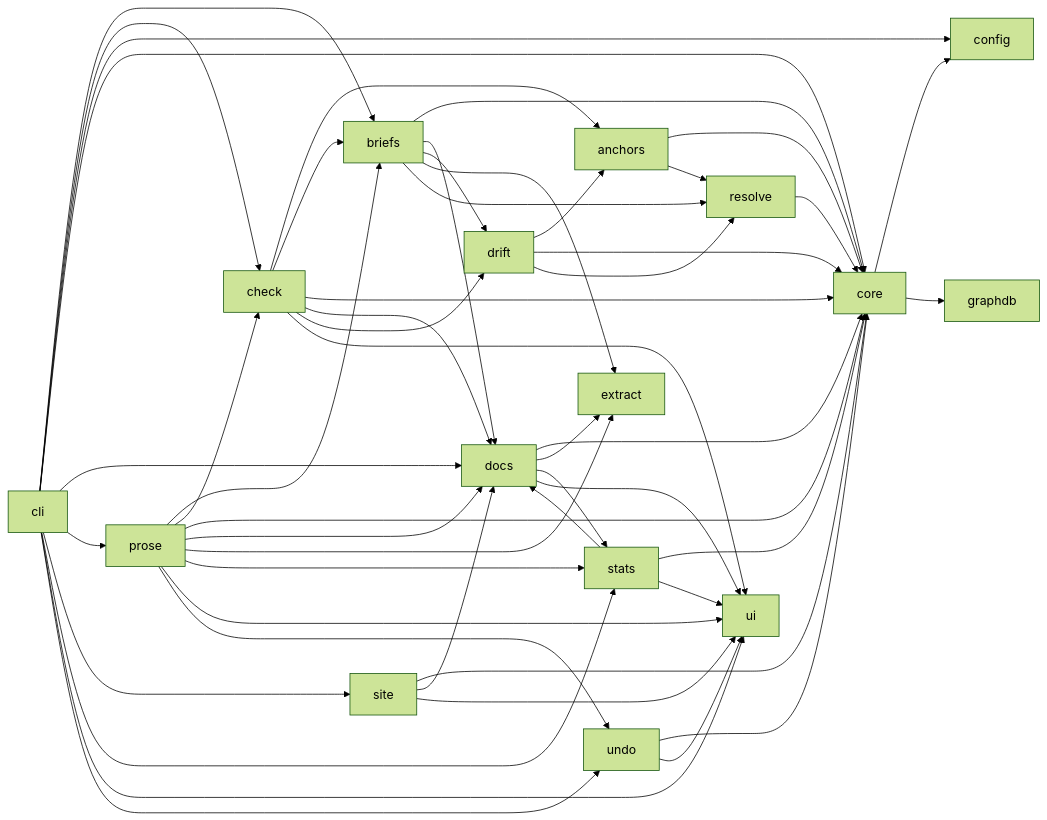
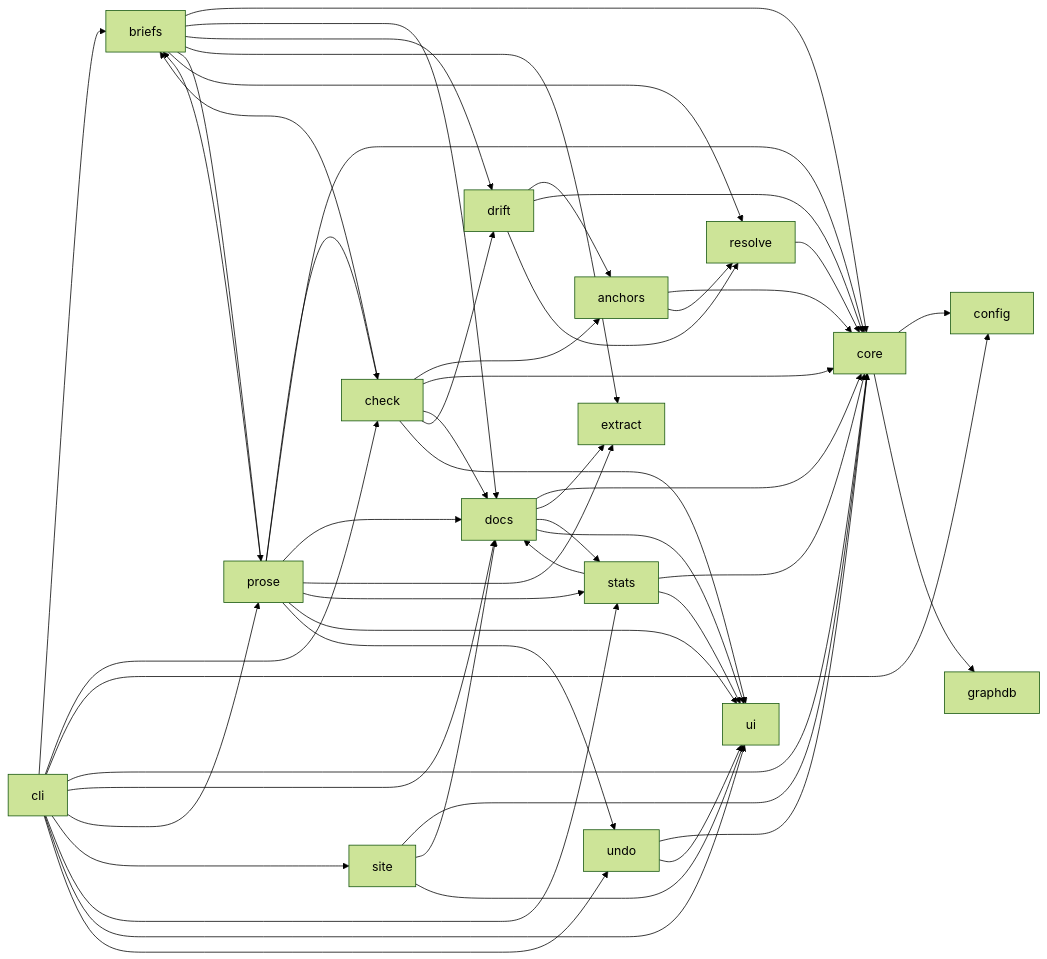
Before and after one commit to aseemchopra25/documate: the diagram in docs/ARCHITECTURE.md, drawn with Mermaid (forest theme). The commit also changed other lines of this file and 8 other files, not shown here.

````diff
--- a/docs/ARCHITECTURE.md
+++ b/docs/ARCHITECTURE.md
@@ -6,52 +6,53 @@
 ```mermaid
 flowchart LR
   anchors --> core
   anchors --> resolve
   briefs --> core
   briefs --> docs
   briefs --> drift
   briefs --> extract
+  briefs --> prose
   briefs --> resolve
   check --> anchors
   check --> briefs
   check --> core
   check --> docs
   check --> drift
   check --> ui
   cli --> briefs
   cli --> check
   cli --> config
   cli --> core
   cli --> docs
   cli --> prose
   cli --> site
   cli --> stats
   cli --> ui
   cli --> undo
   core --> config
   core --> graphdb
   docs --> core
   docs --> extract
   docs --> stats
   docs --> ui
   drift --> anchors
   drift --> core
   drift --> resolve
   prose --> briefs
   prose --> check
   prose --> core
   prose --> docs
   prose --> extract
   prose --> stats
   prose --> ui
   prose --> undo
   resolve --> core
   site --> core
   site --> docs
   site --> ui
   stats --> core
   stats --> docs
   stats --> ui
   undo --> core
   undo --> ui
 ```
````
